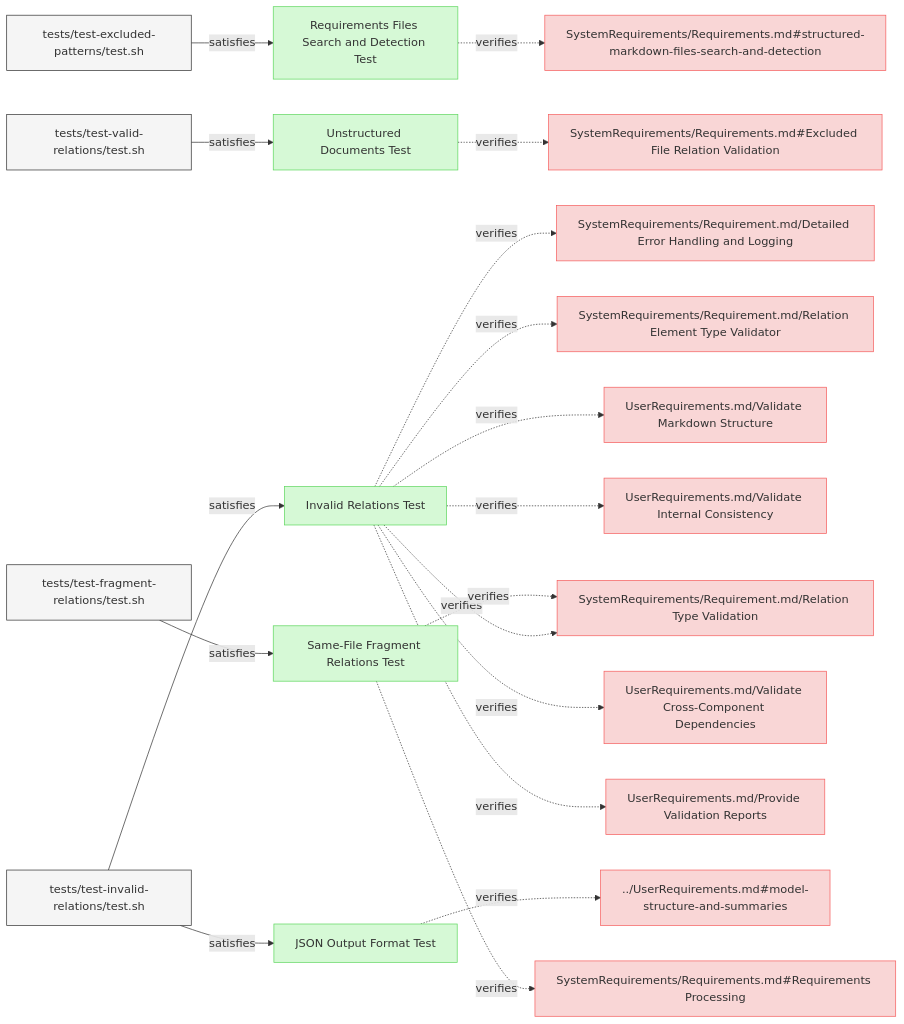
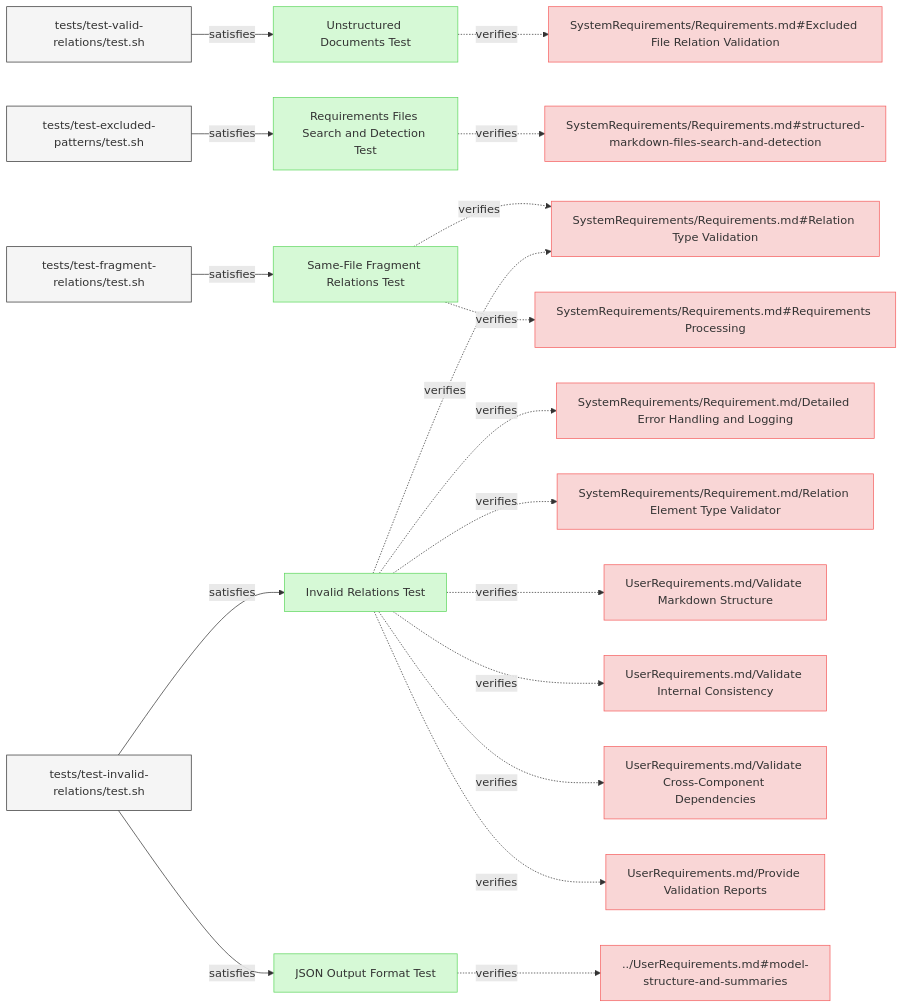
One commit to reqvire-org/reqvire changed the first of 2 diagrams in specifications/Verifications/ValidationTests.md. Above: the diagram before and after it, drawn with Mermaid. The commit also changed 37 other files, not shown here.

Commit message:
Allow diagrams with blobs links when configured.

````diff
--- a/specifications/Verifications/ValidationTests.md
+++ b/specifications/Verifications/ValidationTests.md
@@ -11,81 +11,81 @@
   classDef externalLink fill:#d0e0ff,stroke:#3080ff,stroke-width:1px;
   classDef default fill:#f5f5f5,stroke:#333333,stroke-width:1px;
 
-  5bf3bc3f9637ec2c["Requirements Files Search and Detection Test"];
-  click 5bf3bc3f9637ec2c "ValidationTests.md#requirements-files-search-and-detection-test";
-  class 5bf3bc3f9637ec2c verification;
-  480cb73e8bcb0786["SystemRequirements/Requirements.md#structured-markdown-files-search-and-detection"];
-  class 480cb73e8bcb0786 requirement;
-  click 480cb73e8bcb0786 "../SystemRequirements/Requirements.md#structured-markdown-files-search-and-detection";
-  5bf3bc3f9637ec2c -.->|verifies| 480cb73e8bcb0786;
-  ec11a68aa5b4bdc1["tests/test-excluded-patterns/test.sh"];
-  class ec11a68aa5b4bdc1 default;
-  click ec11a68aa5b4bdc1 "../../tests/test-excluded-patterns/test.sh";
-  ec11a68aa5b4bdc1 -->|satisfies| 5bf3bc3f9637ec2c;
-  94776cf061319810["Unstructured Documents Test"];
-  click 94776cf061319810 "ValidationTests.md#unstructured-documents-test";
-  class 94776cf061319810 verification;
-  3871ef72a30780e5["SystemRequirements/Requirements.md#Excluded File Relation Validation"];
-  class 3871ef72a30780e5 requirement;
-  click 3871ef72a30780e5 "../SystemRequirements/Requirements.md#excluded-file-relation-validation";
-  94776cf061319810 -.->|verifies| 3871ef72a30780e5;
-  7cf643f1c1578783["tests/test-valid-relations/test.sh"];
-  class 7cf643f1c1578783 default;
-  click 7cf643f1c1578783 "../../tests/test-valid-relations/test.sh";
-  7cf643f1c1578783 -->|satisfies| 94776cf061319810;
-  a24c2f4208509008["Invalid Relations Test"];
-  click a24c2f4208509008 "ValidationTests.md#invalid-relations-test";
-  class a24c2f4208509008 verification;
-  d72f6096b9a5dd8e["SystemRequirements/Requirement.md/Detailed Error Handling and Logging"];
-  class d72f6096b9a5dd8e requirement;
-  click d72f6096b9a5dd8e "../SystemRequirements/Requirements.md#detailed-error-handling-and-logging";
-  a24c2f4208509008 -.->|verifies| d72f6096b9a5dd8e;
-  bff4e3e834a9ffcc["SystemRequirements/Requirement.md/Relation Type Validation"];
-  class bff4e3e834a9ffcc requirement;
-  click bff4e3e834a9ffcc "../SystemRequirements/Requirements.md#relation-type-validation";
-  a24c2f4208509008 -.->|verifies| bff4e3e834a9ffcc;
-  774d12db509b4a55["SystemRequirements/Requirement.md/Relation Element Type Validator"];
-  class 774d12db509b4a55 requirement;
-  click 774d12db509b4a55 "../SystemRequirements/Requirements.md#relation-element-type-validator";
-  a24c2f4208509008 -.->|verifies| 774d12db509b4a55;
-  7ec3cb7f400a2e8d["UserRequirements.md/Validate Markdown Structure"];
-  class 7ec3cb7f400a2e8d requirement;
-  click 7ec3cb7f400a2e8d "../UserRequirements.md#validate-markdown-structure";
-  a24c2f4208509008 -.->|verifies| 7ec3cb7f400a2e8d;
-  f9182ad2999d989c["UserRequirements.md/Validate Internal Consistency"];
-  class f9182ad2999d989c requirement;
-  click f9182ad2999d989c "../UserRequirements.md#validate-internal-consistency";
-  a24c2f4208509008 -.->|verifies| f9182ad2999d989c;
-  ee05a46627b568b7["UserRequirements.md/Validate Cross-Component Dependencies"];
-  class ee05a46627b568b7 requirement;
-  click ee05a46627b568b7 "../UserRequirements.md#validate-cross-component-dependencies";
-  a24c2f4208509008 -.->|verifies| ee05a46627b568b7;
-  2d3cfde19fc6bb79["UserRequirements.md/Provide Validation Reports"];
-  class 2d3cfde19fc6bb79 requirement;
-  click 2d3cfde19fc6bb79 "../UserRequirements.md#provide-validation-reports";
-  a24c2f4208509008 -.->|verifies| 2d3cfde19fc6bb79;
-  36d2b2cb50297425["tests/test-invalid-relations/test.sh"];
-  class 36d2b2cb50297425 default;
-  click 36d2b2cb50297425 "../../tests/test-invalid-relations/test.sh";
-  36d2b2cb50297425 -->|satisfies| a24c2f4208509008;
-  ec87ed0e04fcf5c6["JSON Output Format Test"];
-  click ec87ed0e04fcf5c6 "ValidationTests.md#json-output-format-test";
-  class ec87ed0e04fcf5c6 verification;
-  40de7485b25294["../UserRequirements.md#model-structure-and-summaries"];
-  class 40de7485b25294 requirement;
-  click 40de7485b25294 "../UserRequirements.md#model-structure-and-summaries";
-  ec87ed0e04fcf5c6 -.->|verifies| 40de7485b25294;
-  36d2b2cb50297425 -->|satisfies| ec87ed0e04fcf5c6;
-  51427eae92058e14["Same-File Fragment Relations Test"];
-  click 51427eae92058e14 "ValidationTests.md#same-file-fragment-relations-test";
-  class 51427eae92058e14 verification;
-  51427eae92058e14 -.->|verifies| bff4e3e834a9ffcc;
-  f24f11691f55af62["SystemRequirements/Requirements.md#Requirements Processing"];
-  class f24f11691f55af62 requirement;
-  click f24f11691f55af62 "../SystemRequirements/Requirements.md#requirements-processing";
-  51427eae92058e14 -.->|verifies| f24f11691f55af62;
-  a4c8929dc751b4b1["tests/test-fragment-relations/test.sh"];
-  class a4c8929dc751b4b1 default;
-  click a4c8929dc751b4b1 "../../tests/test-fragment-relations/test.sh";
-  a4c8929dc751b4b1 -->|satisfies| 51427eae92058e14;
+  526fb26c223ad188["Unstructured Documents Test"];
+  click 526fb26c223ad188 "specifications/Verifications/ValidationTests.md#unstructured-documents-test#unstructured-documents-test";
+  class 526fb26c223ad188 verification;
+  929c6c204cb3fedb["SystemRequirements/Requirements.md#Excluded File Relation Validation"];
+  class 929c6c204cb3fedb requirement;
+  click 929c6c204cb3fedb "specifications/SystemRequirements/Requirements.md#excluded-file-relation-validation#excluded-file-relation-validation";
+  526fb26c223ad188 -.->|verifies| 929c6c204cb3fedb;
+  b91bd280b4e9971["tests/test-valid-relations/test.sh"];
+  class b91bd280b4e9971 default;
+  click b91bd280b4e9971 "tests/test-valid-relations/test.sh";
+  b91bd280b4e9971 -->|satisfies| 526fb26c223ad188;
+  184bc01c18f5506f["Requirements Files Search and Detection Test"];
+  click 184bc01c18f5506f "specifications/Verifications/ValidationTests.md#requirements-files-search-and-detection-test#requirements-files-search-and-detection-test";
+  class 184bc01c18f5506f verification;
+  66582f9b6bdde6c4["SystemRequirements/Requirements.md#structured-markdown-files-search-and-detection"];
+  class 66582f9b6bdde6c4 requirement;
+  click 66582f9b6bdde6c4 "specifications/SystemRequirements/Requirements.md#structured-markdown-files-search-and-detection#structured-markdown-files-search-and-detection";
+  184bc01c18f5506f -.->|verifies| 66582f9b6bdde6c4;
+  a29e69e90fa71f39["tests/test-excluded-patterns/test.sh"];
+  class a29e69e90fa71f39 default;
+  click a29e69e90fa71f39 "tests/test-excluded-patterns/test.sh";
+  a29e69e90fa71f39 -->|satisfies| 184bc01c18f5506f;
+  6ca2ff1567644e78["Same-File Fragment Relations Test"];
+  click 6ca2ff1567644e78 "specifications/Verifications/ValidationTests.md#same-file-fragment-relations-test#same-file-fragment-relations-test";
+  class 6ca2ff1567644e78 verification;
+  db64a3e25646a37f["SystemRequirements/Requirements.md#Relation Type Validation"];
+  class db64a3e25646a37f requirement;
+  click db64a3e25646a37f "specifications/SystemRequirements/Requirements.md#relation-type-validation#relation-type-validation";
+  6ca2ff1567644e78 -.->|verifies| db64a3e25646a37f;
+  bed8d0948b3e5ccd["SystemRequirements/Requirements.md#Requirements Processing"];
+  class bed8d0948b3e5ccd requirement;
+  click bed8d0948b3e5ccd "specifications/SystemRequirements/Requirements.md#requirements-processing#requirements-processing";
+  6ca2ff1567644e78 -.->|verifies| bed8d0948b3e5ccd;
+  789c690d63402d63["tests/test-fragment-relations/test.sh"];
+  class 789c690d63402d63 default;
+  click 789c690d63402d63 "tests/test-fragment-relations/test.sh";
+  789c690d63402d63 -->|satisfies| 6ca2ff1567644e78;
+  e37dc7f46d75d46["Invalid Relations Test"];
+  click e37dc7f46d75d46 "specifications/Verifications/ValidationTests.md#invalid-relations-test#invalid-relations-test";
+  class e37dc7f46d75d46 verification;
+  4ecd49d71920c1fc["SystemRequirements/Requirement.md/Detailed Error Handling and Logging"];
+  class 4ecd49d71920c1fc requirement;
+  click 4ecd49d71920c1fc "specifications/SystemRequirements/Requirements.md#detailed-error-handling-and-logging#detailed-error-handling-and-logging";
+  e37dc7f46d75d46 -.->|verifies| 4ecd49d71920c1fc;
+  e37dc7f46d75d46 -.->|verifies| db64a3e25646a37f;
+  dc7a9bb1bbebc57f["SystemRequirements/Requirement.md/Relation Element Type Validator"];
+  class dc7a9bb1bbebc57f requirement;
+  click dc7a9bb1bbebc57f "specifications/SystemRequirements/Requirements.md#relation-element-type-validator#relation-element-type-validator";
+  e37dc7f46d75d46 -.->|verifies| dc7a9bb1bbebc57f;
+  586b073cd97908da["UserRequirements.md/Validate Markdown Structure"];
+  class 586b073cd97908da requirement;
+  click 586b073cd97908da "specifications/UserRequirements.md#validate-markdown-structure#validate-markdown-structure";
+  e37dc7f46d75d46 -.->|verifies| 586b073cd97908da;
+  c50887ce89be280a["UserRequirements.md/Validate Internal Consistency"];
+  class c50887ce89be280a requirement;
+  click c50887ce89be280a "specifications/UserRequirements.md#validate-internal-consistency#validate-internal-consistency";
+  e37dc7f46d75d46 -.->|verifies| c50887ce89be280a;
+  3bd9d29239564eeb["UserRequirements.md/Validate Cross-Component Dependencies"];
+  class 3bd9d29239564eeb requirement;
+  click 3bd9d29239564eeb "specifications/UserRequirements.md#validate-cross-component-dependencies#validate-cross-component-dependencies";
+  e37dc7f46d75d46 -.->|verifies| 3bd9d29239564eeb;
+  ed31b6bed1cde2f8["UserRequirements.md/Provide Validation Reports"];
+  class ed31b6bed1cde2f8 requirement;
+  click ed31b6bed1cde2f8 "specifications/UserRequirements.md#provide-validation-reports#provide-validation-reports";
+  e37dc7f46d75d46 -.->|verifies| ed31b6bed1cde2f8;
+  8b8c9b79dcbe085e["tests/test-invalid-relations/test.sh"];
+  class 8b8c9b79dcbe085e default;
+  click 8b8c9b79dcbe085e "tests/test-invalid-relations/test.sh";
+  8b8c9b79dcbe085e -->|satisfies| e37dc7f46d75d46;
+  9a53e9c00918fd02["JSON Output Format Test"];
+  click 9a53e9c00918fd02 "specifications/Verifications/ValidationTests.md#json-output-format-test#json-output-format-test";
+  class 9a53e9c00918fd02 verification;
+  ad6f7a2d41d80a38["../UserRequirements.md#model-structure-and-summaries"];
+  class ad6f7a2d41d80a38 requirement;
+  click ad6f7a2d41d80a38 "specifications/UserRequirements.md#model-structure-and-summaries#model-structure-and-summaries";
+  9a53e9c00918fd02 -.->|verifies| ad6f7a2d41d80a38;
+  8b8c9b79dcbe085e -->|satisfies| 9a53e9c00918fd02;
 ```
````
